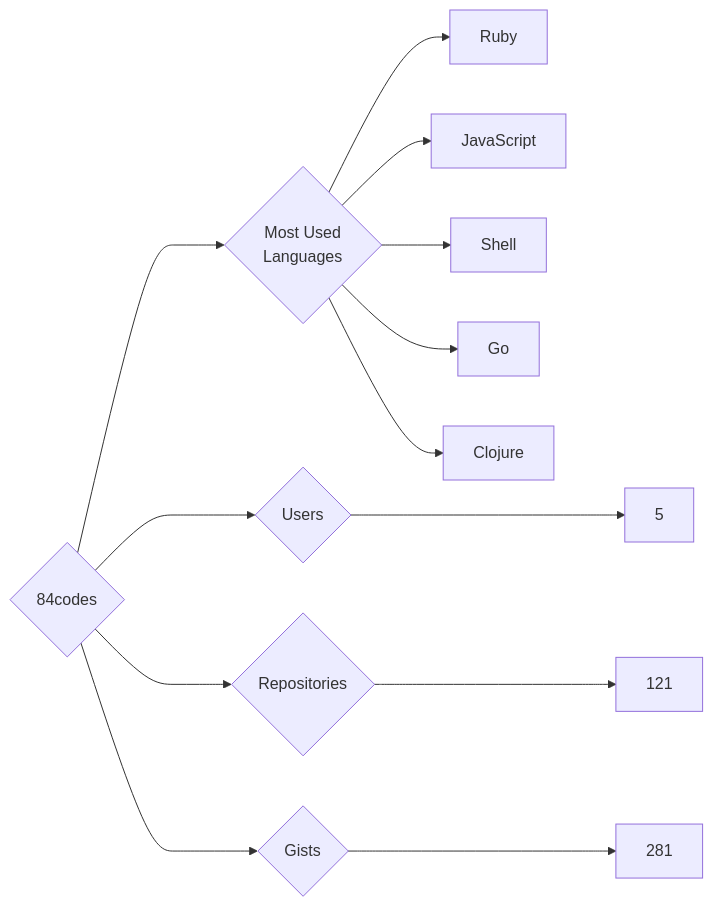
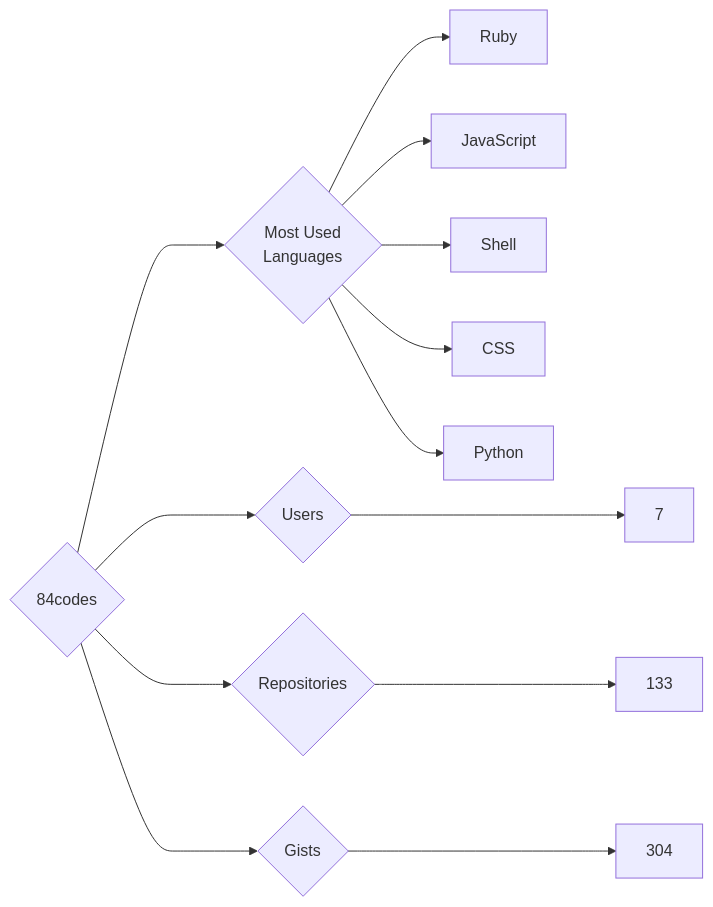
One commit to trickest/insiders changed the diagram in targets/84codes/README.md. Above: the diagram before and after it, drawn with Mermaid. The commit also changed 837 other files, not shown here.

````diff
--- a/targets/84codes/README.md
+++ b/targets/84codes/README.md
@@ -3,13 +3,13 @@
 ```mermaid
 graph LR
 COMPANY_NAME{84codes}
-COMPANY_NAME ---> U{Users} ---> UN[5]
-COMPANY_NAME ---> R{Repositories} ---> RN[121]
-COMPANY_NAME ---> G{Gists} ---> GN[281]
+COMPANY_NAME ---> U{Users} ---> UN[7]
+COMPANY_NAME ---> R{Repositories} ---> RN[133]
+COMPANY_NAME ---> G{Gists} ---> GN[304]
 COMPANY_NAME ---> ML{Most Used<br>Languages}
 ML --> Ruby[Ruby]
 ML --> JavaScript[JavaScript]
 ML --> Shell[Shell]
-ML --> Go[Go]
-ML --> Clojure[Clojure]
+ML --> CSS[CSS]
+ML --> Python[Python]
 ```
````
